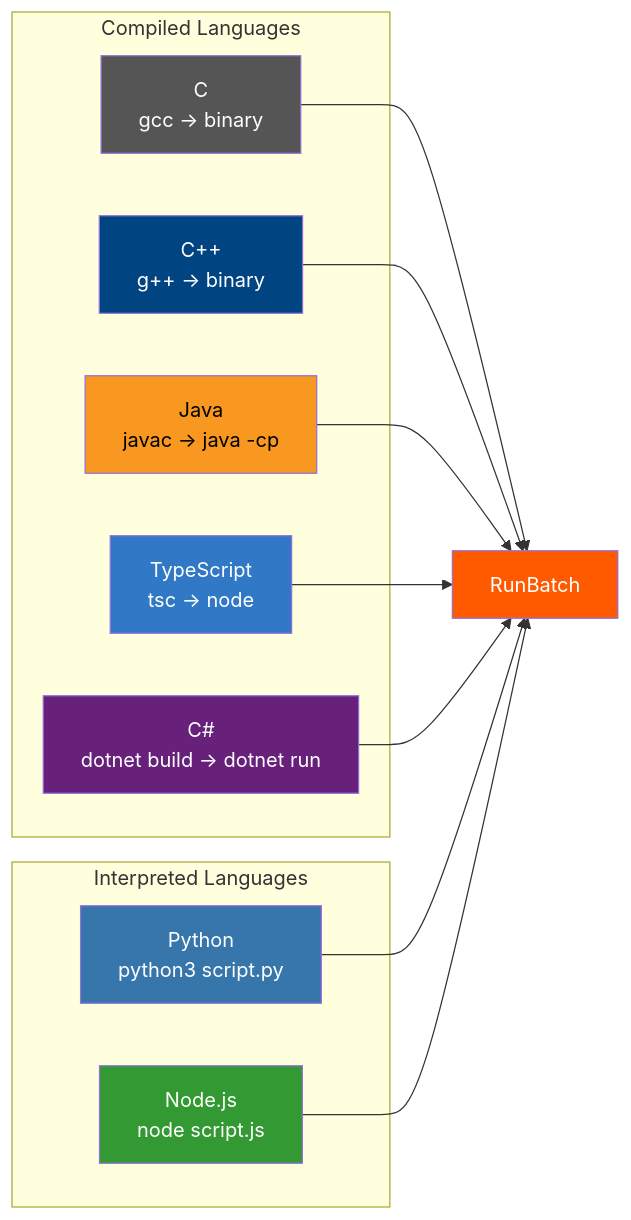
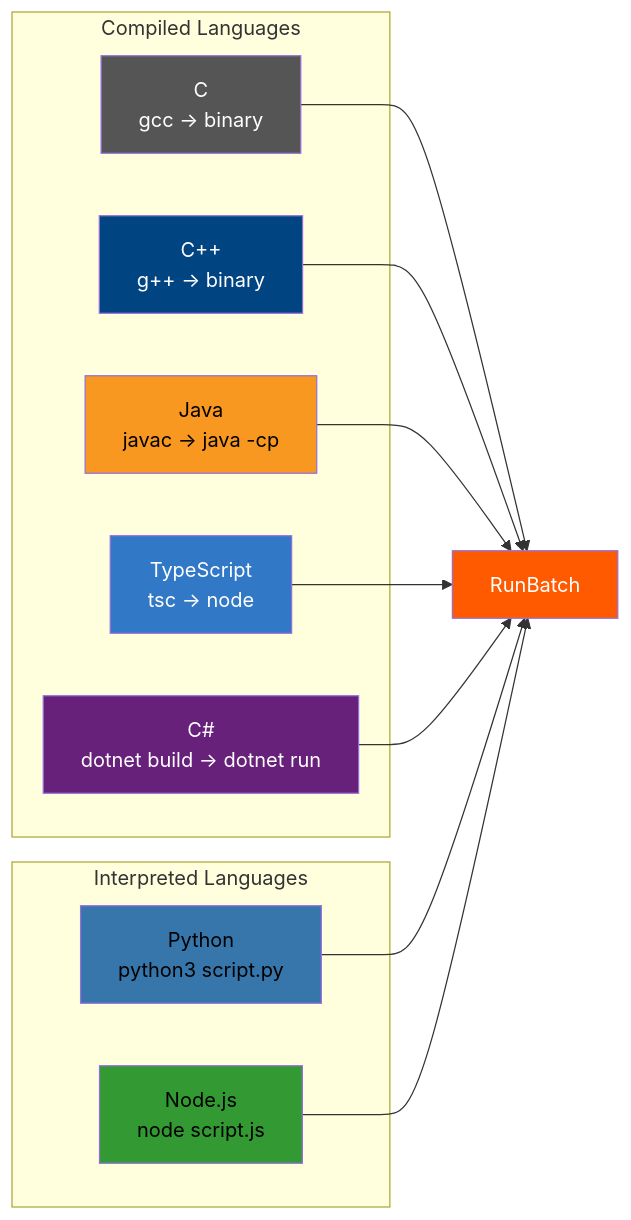
One commit to Smanikanta21/velox changed the third of 3 diagrams in diagrams/04_use_case_diagram.md. Above: the diagram before and after it, drawn with Mermaid. The commit also changed other lines of this file and 1 other file, not shown here.

Commit message:
style: update diagram node text colors to black for improved readability

````diff
--- a/diagrams/04_use_case_diagram.md
+++ b/diagrams/04_use_case_diagram.md
@@ -229,32 +229,32 @@
 ```mermaid
 graph LR
     subgraph "Compiled Languages"
         C["C<br/>gcc → binary"]
         CPP["C++<br/>g++ → binary"]
         Java["Java<br/>javac → java -cp"]
         TS["TypeScript<br/>tsc → node"]
         CS["C#<br/>dotnet build → dotnet run"]
     end
 
     subgraph "Interpreted Languages"
         Python["Python<br/>python3 script.py"]
         Node["Node.js<br/>node script.js"]
     end
 
     C --> RB["RunBatch"]
     CPP --> RB
     Java --> RB
     TS --> RB
     CS --> RB
     Python --> RB
     Node --> RB
 
     style C fill:#555555,color:#fff
     style CPP fill:#004482,color:#fff
     style Java fill:#f89820,color:#000
     style TS fill:#3178c6,color:#fff
     style CS fill:#68217a,color:#fff
-    style Python fill:#3776ab,color:#fff
-    style Node fill:#339933,color:#fff
+    style Python fill:#3776ab,color:#000
+    style Node fill:#339933,color:#000
     style RB fill:#ff5a00,color:#fff
 ```
````
